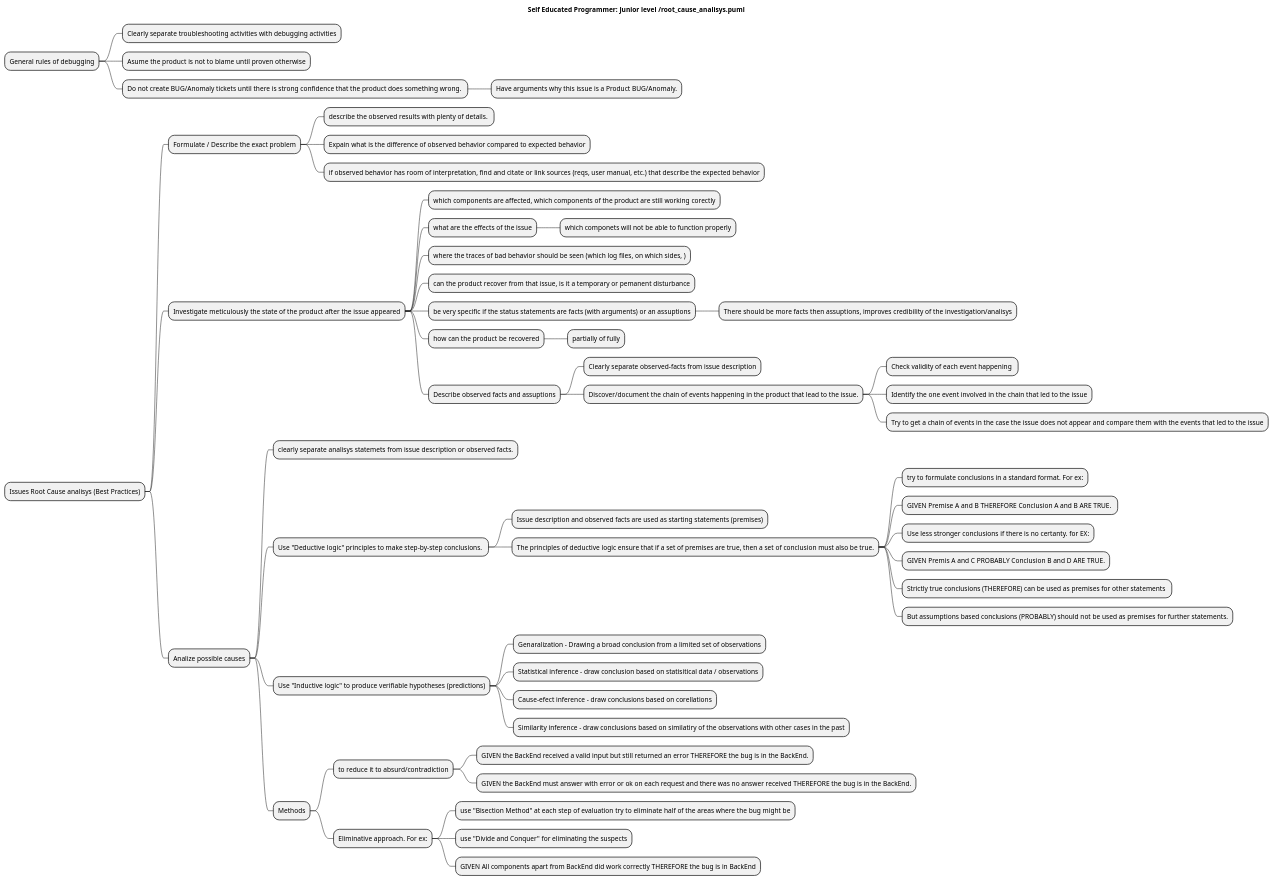
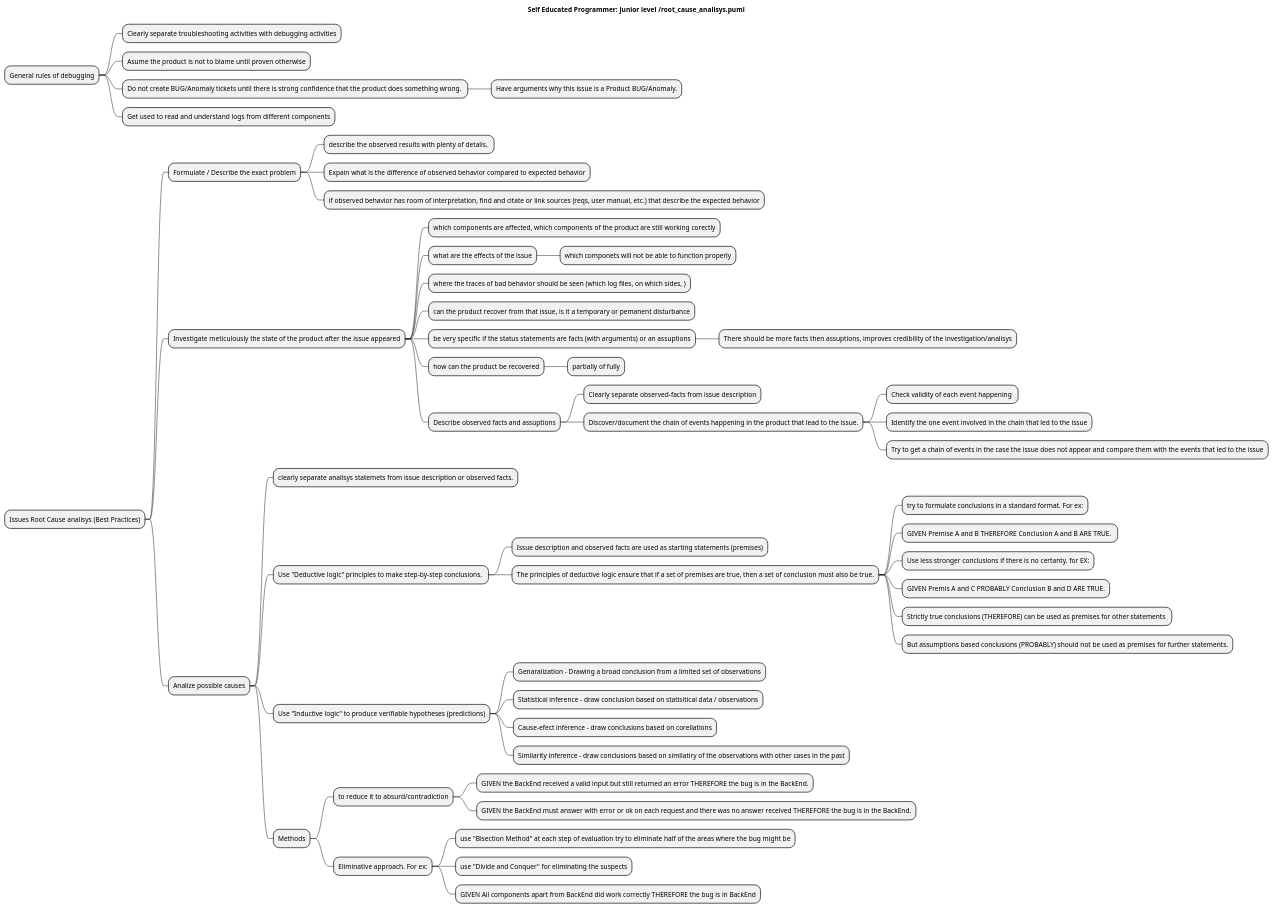
Before and after one commit to SmartSoftDev/self_educated_software_programmer_path: the diagram in src/testing_root_cause_lookup.puml, drawn with PlantUML. The commit also changed 2 other files, not shown here.

```diff
--- a/src/testing_root_cause_lookup.puml
+++ b/src/testing_root_cause_lookup.puml
@@ -1,56 +1,57 @@
 @startmindmap
 title Self Educated Programmer: Junior level /root_cause_analisys.puml
 
 * General rules of debugging
 ** Clearly separate troubleshooting activities with debugging activities
 ** Asume the product is not to blame until proven otherwise
 ** Do not create BUG/Anomaly tickets until there is strong confidence that the product does something wrong. 
 *** Have arguments why this issue is a Product BUG/Anomaly.
+** Get used to read and understand logs from different components
 
 * Issues Root Cause analisys (Best Practices)
 ** Formulate / Describe the exact problem
 *** describe the observed results with plenty of details. 
 *** Expain what is the difference of observed behavior compared to expected behavior
 *** if observed behavior has room of interpretation, find and citate or link sources (reqs, user manual, etc.) that describe the expected behavior
 ** Investigate meticulously the state of the product after the issue appeared
 *** which components are affected, which components of the product are still working corectly
 *** what are the effects of the issue
 **** which componets will not be able to function properly
 *** where the traces of bad behavior should be seen (which log files, on which sides, )
 *** can the product recover from that issue, is it a temporary or pemanent disturbance
 *** be very specific if the status statements are facts (with arguments) or an assuptions
 **** There should be more facts then assuptions, improves credibility of the investigation/analisys
 *** how can the product be recovered
 **** partially of fully
 *** Describe observed facts and assuptions
 **** Clearly separate observed-facts from issue description
 **** Discover/document the chain of events happening in the product that lead to the issue.
 ***** Check validity of each event happening 
 ***** Identify the one event involved in the chain that led to the issue
 ***** Try to get a chain of events in the case the issue does not appear and compare them with the events that led to the issue
 ** Analize possible causes
 *** clearly separate analisys statemets from issue description or observed facts.
 *** Use "Deductive logic" principles to make step-by-step conclusions. 
 **** Issue description and observed facts are used as starting statements (premises)
 **** The principles of deductive logic ensure that if a set of premises are true, then a set of conclusion must also be true.
 ***** try to formulate conclusions in a standard format. For ex:
 ***** GIVEN Premise A and B THEREFORE Conclusion A and B ARE TRUE. 
 ***** Use less stronger conclusions if there is no certanty. for EX:
 ***** GIVEN Premis A and C PROBABLY Conclusion B and D ARE TRUE.
 ***** Strictly true conclusions (THEREFORE) can be used as premises for other statements 
 ***** But assumptions based conclusions (PROBABLY) should not be used as premises for further statements.
 *** Use "Inductive logic" to produce verifiable hypotheses (predictions)
 **** Genaralization - Drawing a broad conclusion from a limited set of observations
 **** Statistical inference - draw conclusion based on statisitical data / observations
 **** Cause-efect inference - draw conclusions based on corellations
 **** Similarity inference - draw conclusions based on similatiry of the observations with other cases in the past
 *** Methods
 **** to reduce it to absurd/contradiction
 ***** GIVEN the BackEnd received a valid input but still returned an error THEREFORE the bug is in the BackEnd.
 ***** GIVEN the BackEnd must answer with error or ok on each request and there was no answer received THEREFORE the bug is in the BackEnd.
 **** Eliminative approach. For ex:
 ***** use "Bisection Method" at each step of evaluation try to eliminate half of the areas where the bug might be
 ***** use "Divide and Conquer" for eliminating the suspects
 ***** GIVEN All components apart from BackEnd did work correctly THEREFORE the bug is in BackEnd
 
 @endmindmap
```
